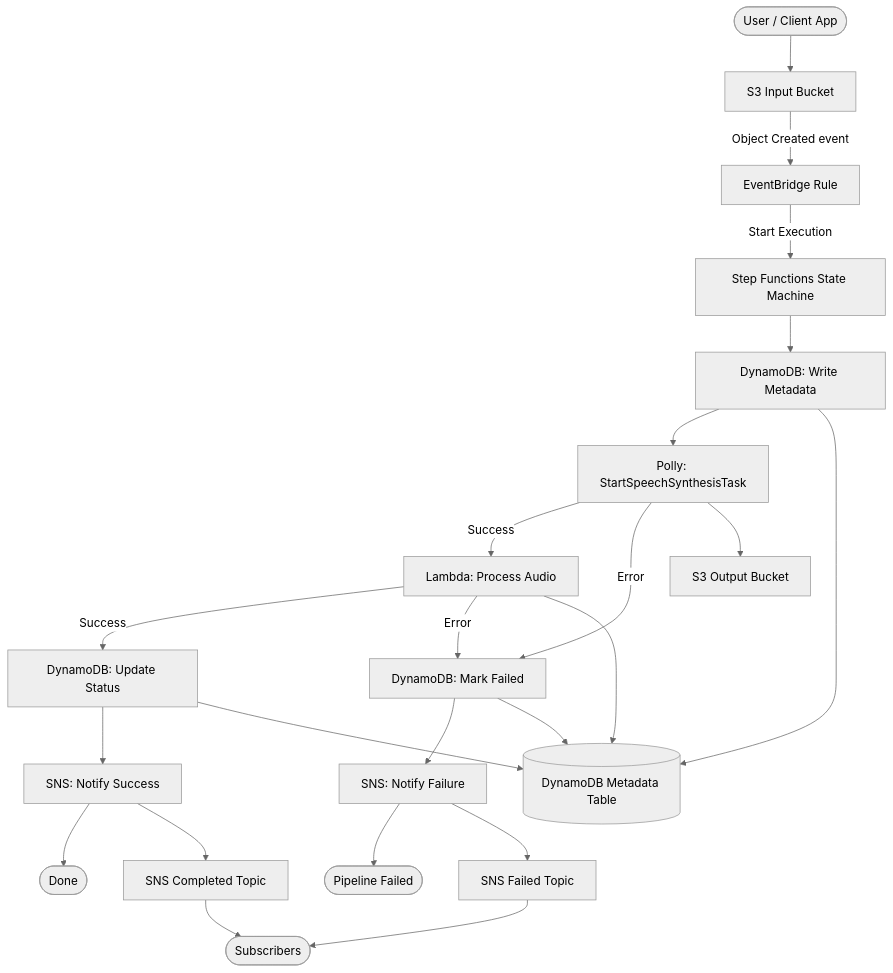
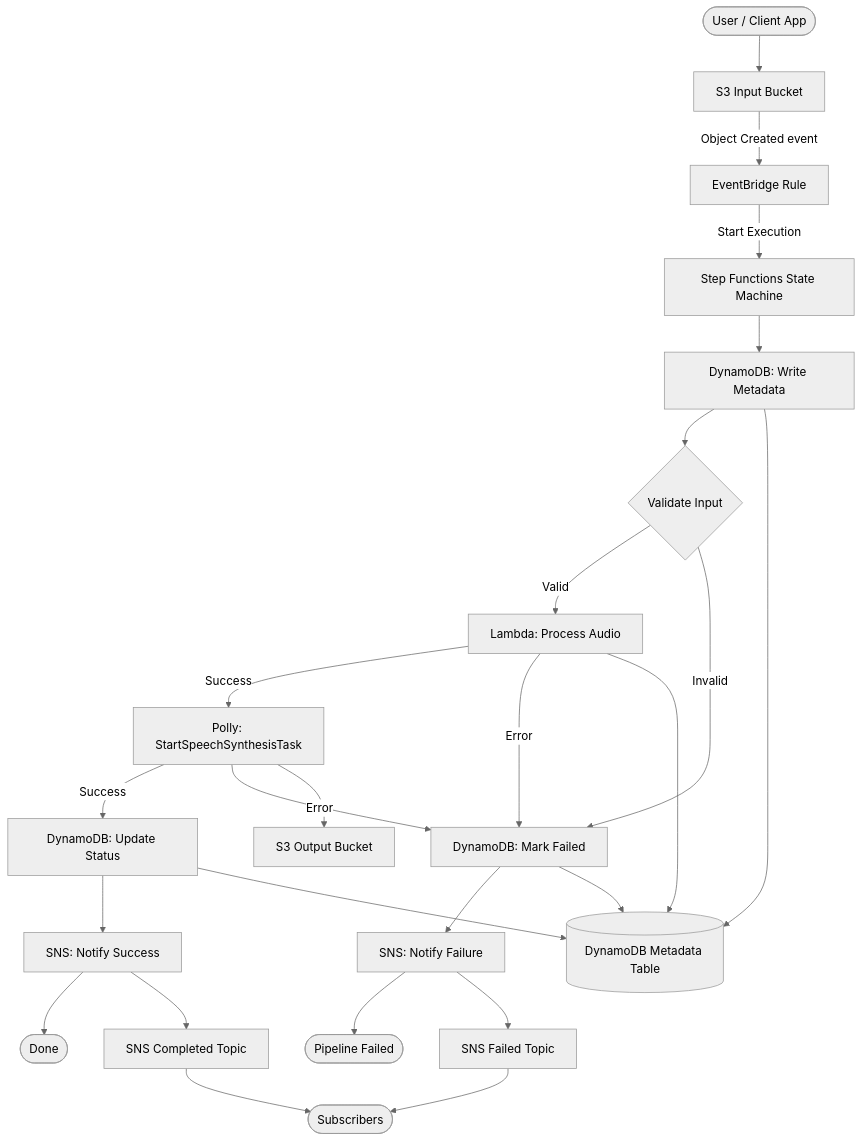
The first of 2 diagrams in ARCHITECTURE.md (obstreperous-ai/cdk-sleep-ts-kiro), drawn with Mermaid (neutral theme) before and after one commit. The commit also changed other lines of this file and 2 other files, not shown here.

Commit message:
docs: update ARCHITECTURE.md with input validation and reordered pipeline flow

````diff
--- a/ARCHITECTURE.md
+++ b/ARCHITECTURE.md
@@ -23,25 +24,27 @@
 ```mermaid
 flowchart TD
     User([User / Client App]) --> S3Input[S3 Input Bucket]
     S3Input -->|Object Created event| EB[EventBridge Rule]
     EB -->|Start Execution| SFN[Step Functions State Machine]
     SFN --> WriteMetadata[DynamoDB: Write Metadata]
-    WriteMetadata --> PollyTask[Polly: StartSpeechSynthesisTask]
-    PollyTask -->|Success| ProcessAudio[Lambda: Process Audio]
-    PollyTask -->|Error| MarkFailed[DynamoDB: Mark Failed]
-    ProcessAudio -->|Success| UpdateStatus[DynamoDB: Update Status]
+    WriteMetadata --> ValidateInput{Validate Input}
+    ValidateInput -->|Valid| ProcessAudio[Lambda: Process Audio]
+    ValidateInput -->|Invalid| MarkFailed[DynamoDB: Mark Failed]
+    ProcessAudio -->|Success| PollyTask[Polly: StartSpeechSynthesisTask]
     ProcessAudio -->|Error| MarkFailed
+    PollyTask -->|Success| UpdateStatus[DynamoDB: Update Status]
+    PollyTask -->|Error| MarkFailed
     UpdateStatus --> NotifySuccess[SNS: Notify Success]
     NotifySuccess --> Done([Done])
     MarkFailed --> NotifyFailure[SNS: Notify Failure]
     NotifyFailure --> PipelineFailed([Pipeline Failed])
     WriteMetadata --> DDB[(DynamoDB Metadata Table)]
     UpdateStatus --> DDB
     MarkFailed --> DDB
     ProcessAudio --> DDB
     NotifySuccess --> SNSCompleted[SNS Completed Topic]
     NotifyFailure --> SNSFailed[SNS Failed Topic]
     SNSCompleted --> Subscribers([Subscribers])
     SNSFailed --> Subscribers
     PollyTask --> S3Output[S3 Output Bucket]
 ```
````
